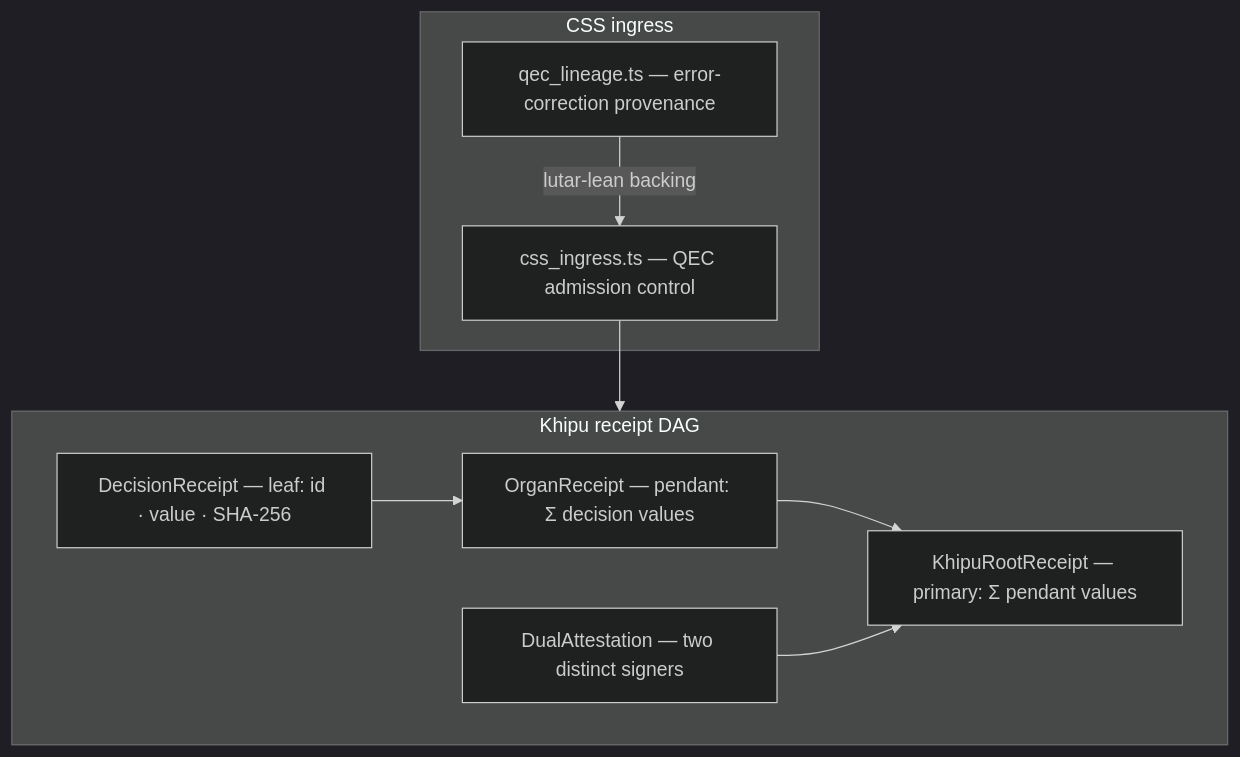
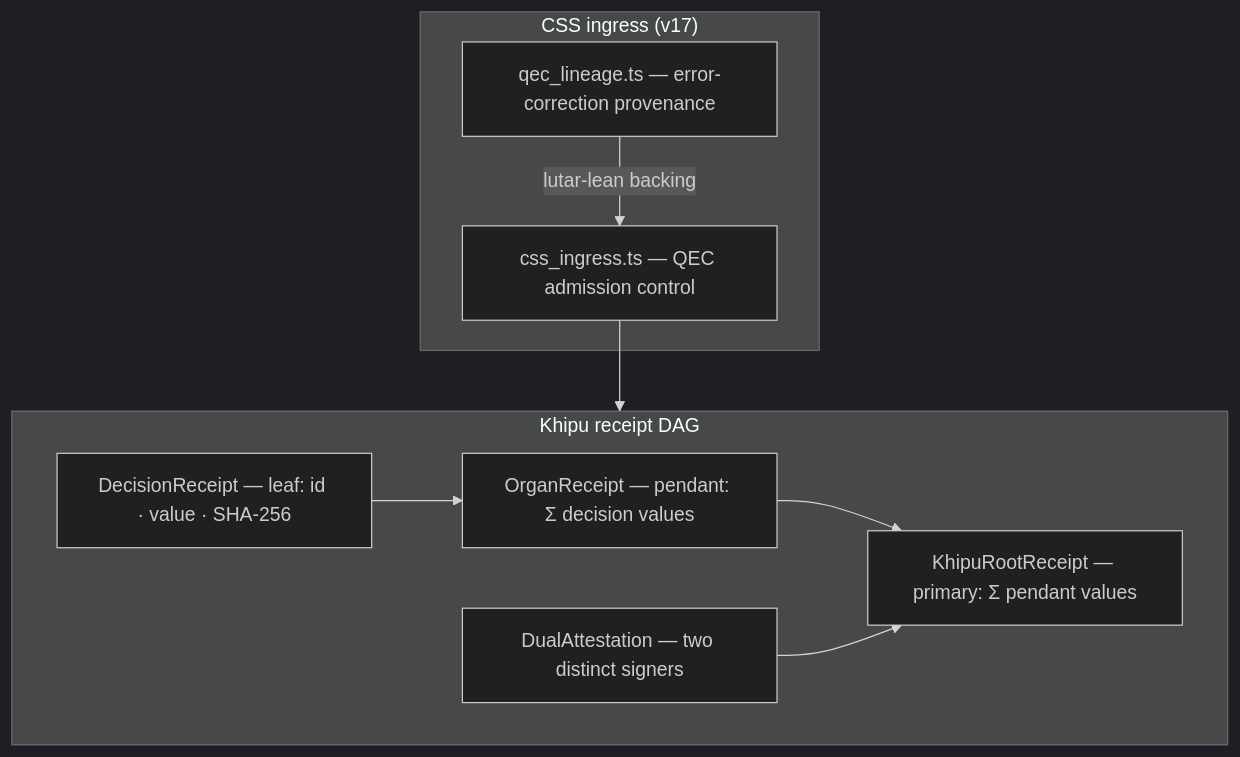
The diagram in docs/site/docs/flagships/rosie.md (szl-holdings/a11oy), drawn with Mermaid (dark theme) before and after one commit. The commit also changed other lines of this file and 3 other files, not shown here.

````diff
--- a/docs/site/docs/flagships/rosie.md
+++ b/docs/site/docs/flagships/rosie.md
@@ -23,17 +28,17 @@
 ```mermaid
 flowchart TD
-    subgraph Ingress["CSS ingress"]
+    subgraph Ingress["CSS ingress (v17)"]
         CI[css_ingress.ts — QEC admission control]
         QL[qec_lineage.ts — error-correction provenance]
     end
     subgraph DAG["Khipu receipt DAG"]
         DR[DecisionReceipt — leaf: id · value · SHA-256]
         OR[OrganReceipt — pendant: Σ decision values]
         KR[KhipuRootReceipt — primary: Σ pendant values]
         DA[DualAttestation — two distinct signers]
     end
     CI --> DAG
     QL -->|lutar-lean backing| CI
     DR --> OR --> KR
     DA --> KR
 ```
````
